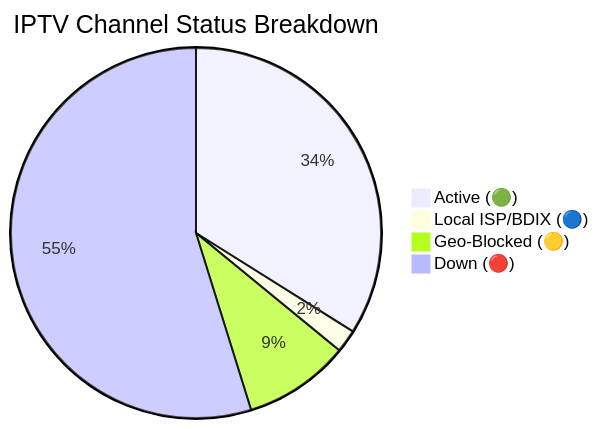
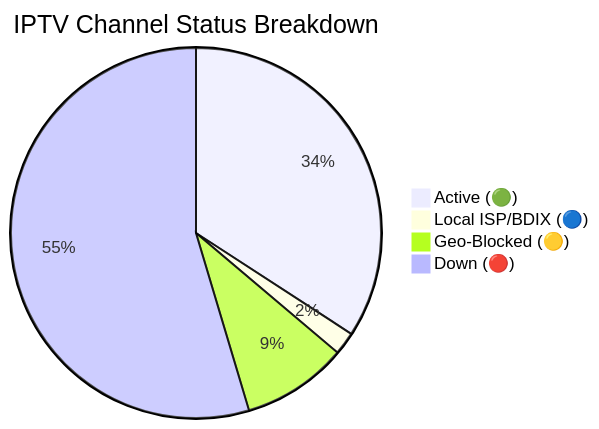
The diagram in README.md (andreataylord/Ip-tv-Collection), drawn with Mermaid before and after one commit. The commit also changed other lines of this file and 2 other files, not shown here.

````diff
--- a/README.md
+++ b/README.md
@@ -59,7 +59,7 @@
 ```mermaid
 pie title IPTV Channel Status Breakdown
-    "Active (🟢)" : 2166
+    "Active (🟢)" : 2192
     "Local ISP/BDIX (🔵)" : 128
-    "Geo-Blocked (🟡)" : 592
-    "Down (🔴)" : 3500
+    "Geo-Blocked (🟡)" : 591
+    "Down (🔴)" : 3504
 ```
````
